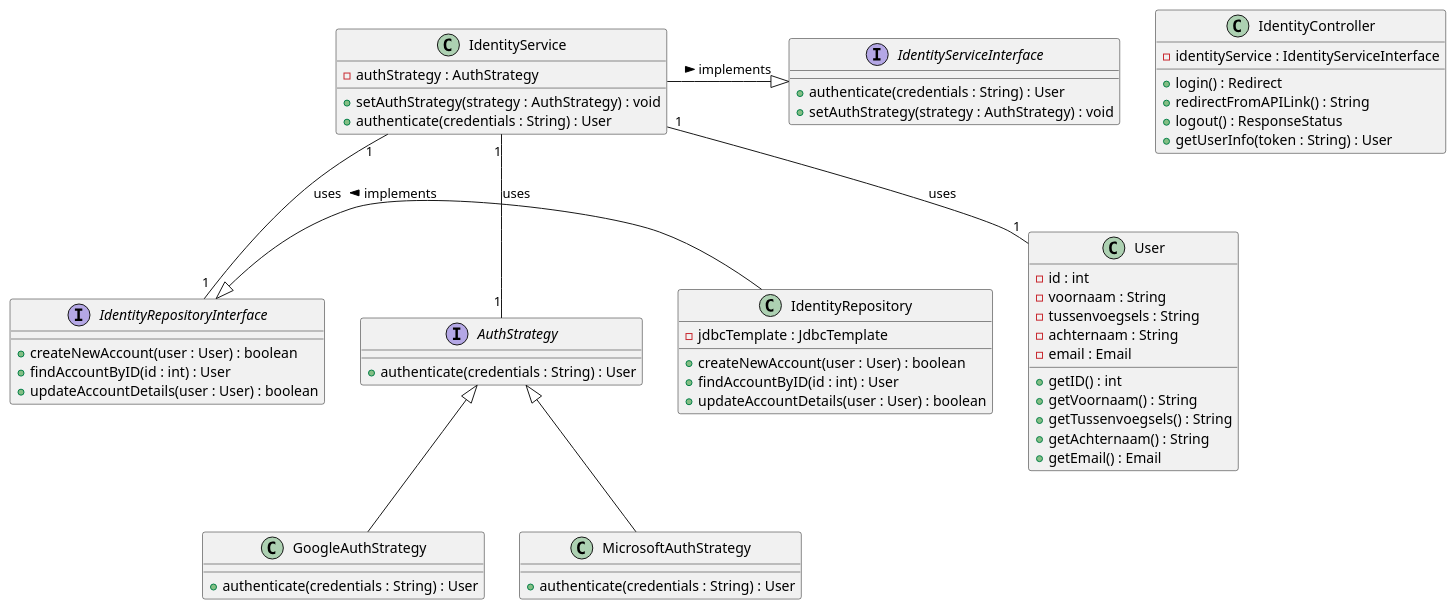
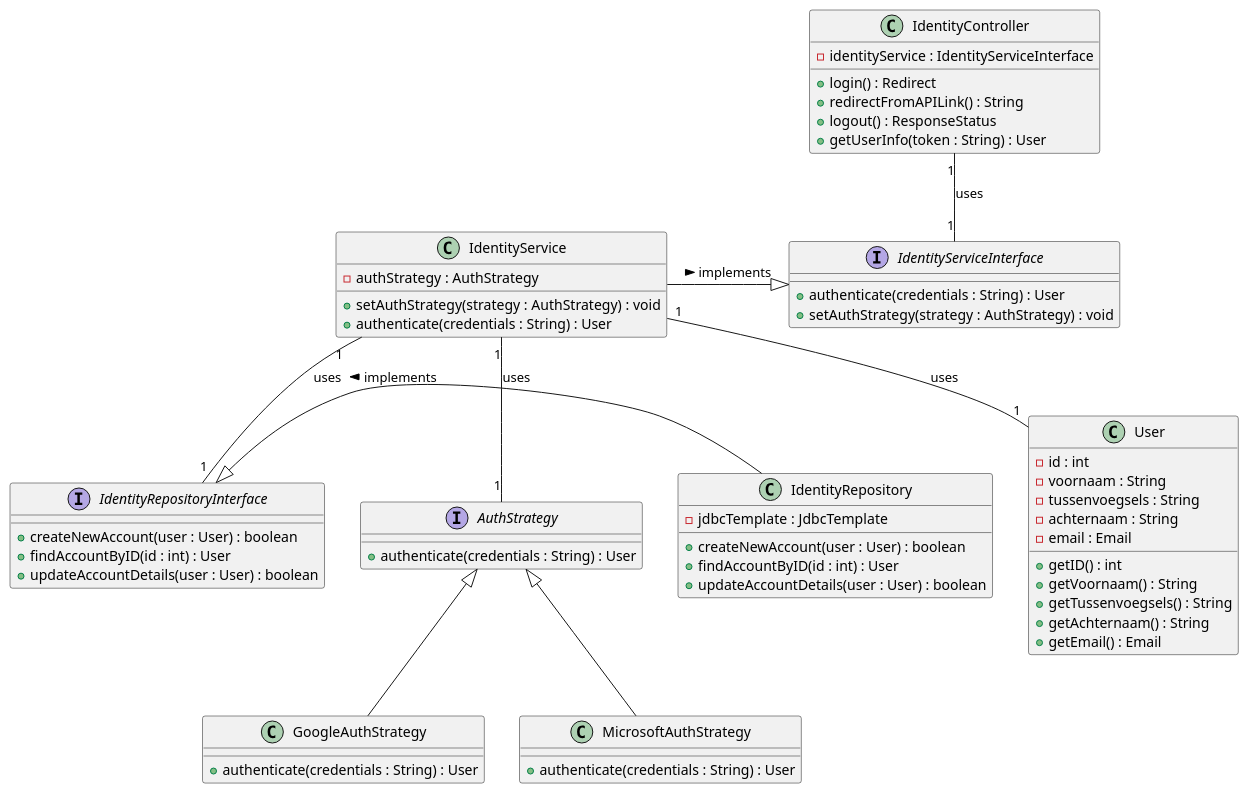
One commit to AIM-ENE-feb25/triptop-groep-b6 changed the diagram in huiswerk/gemaakte_werk_thieme/week2/lesvier/classdiagramOauth2.puml. Above: the diagram before and after it, drawn with PlantUML.

```diff
--- a/huiswerk/gemaakte_werk_thieme/week2/lesvier/classdiagramOauth2.puml
+++ b/huiswerk/gemaakte_werk_thieme/week2/lesvier/classdiagramOauth2.puml
@@ -1,70 +1,72 @@
 @startuml
 
 interface AuthStrategy {
     + authenticate(credentials : String) : User
 }
 
 class GoogleAuthStrategy {
     + authenticate(credentials : String) : User
 }
 
 class MicrosoftAuthStrategy {
     + authenticate(credentials : String) : User
 }
 
 class IdentityService {
     - authStrategy : AuthStrategy
     + setAuthStrategy(strategy : AuthStrategy) : void
     + authenticate(credentials : String) : User
 }
 
 class IdentityController {
     + login() : Redirect
     + redirectFromAPILink() : String
     + logout() : ResponseStatus
     + getUserInfo(token : String) : User
     - identityService : IdentityServiceInterface
 }
 
 class IdentityRepository {
     - jdbcTemplate : JdbcTemplate
     + createNewAccount(user : User) : boolean
     + findAccountByID(id : int) : User
     + updateAccountDetails(user : User) : boolean
 }
 
 interface IdentityServiceInterface {
     + authenticate(credentials : String) : User
     + setAuthStrategy(strategy : AuthStrategy) : void
 }
 
 interface IdentityRepositoryInterface {
     + createNewAccount(user : User) : boolean
     + findAccountByID(id : int) : User
     + updateAccountDetails(user : User) : boolean
 }
 
 class User {
     - id : int
     - voornaam : String
     - tussenvoegsels : String
     - achternaam : String
     - email : Email
     + getID() : int
     + getVoornaam() : String
     + getTussenvoegsels() : String
     + getAchternaam() : String
     + getEmail() : Email
 }
 
 IdentityService -|> IdentityServiceInterface : implements >
 IdentityRepository -|> IdentityRepositoryInterface : implements >
 
 IdentityService "1" -- "1" IdentityRepositoryInterface : uses
 IdentityService "1" -- "1" User : uses
 
 IdentityService "1" -- "1" AuthStrategy : uses
 AuthStrategy <|-- GoogleAuthStrategy
 AuthStrategy <|-- MicrosoftAuthStrategy
 
+IdentityController "1" -- "1" IdentityServiceInterface : uses
+
 @enduml
```
